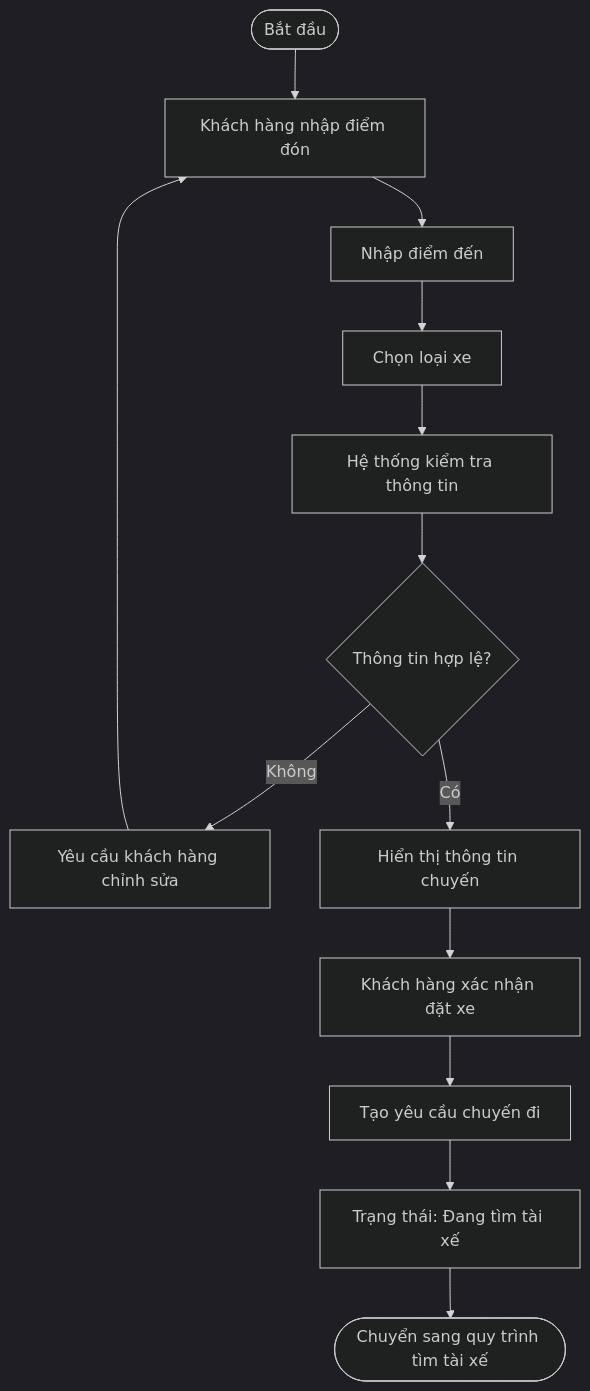
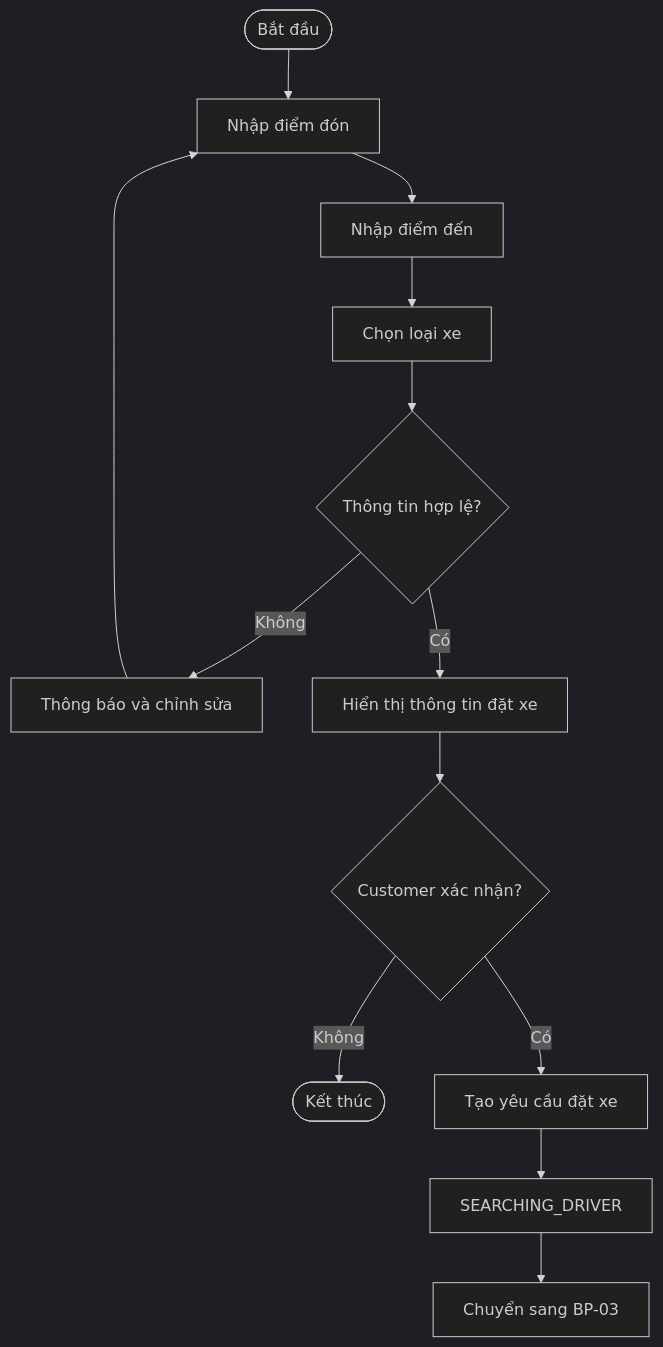
Before and after one commit to ntthuyvy0205-source/23662281_NguyenThiThuyVy_CABSYSTEM: diagram 11 of 28 in SRS.md, drawn with Mermaid (dark theme). The commit also changed other lines of this file, not shown here.

````diff
--- a/SRS.md
+++ b/SRS.md
@@ -419,18 +1842,15 @@
 ```mermaid
 flowchart TD
-    A([Bắt đầu]) --> B[Khách hàng nhập điểm đón]
+    A([Bắt đầu]) --> B[Nhập điểm đón]
     B --> C[Nhập điểm đến]
     C --> D[Chọn loại xe]
-    D --> E[Hệ thống kiểm tra thông tin]
-
-    E --> F{Thông tin hợp lệ?}
-
-    F -- Không --> G[Yêu cầu khách hàng chỉnh sửa]
-    G --> B
-
-    F -- Có --> H[Hiển thị thông tin chuyến]
-    H --> I[Khách hàng xác nhận đặt xe]
-    I --> J[Tạo yêu cầu chuyến đi]
-    J --> K[Trạng thái: Đang tìm tài xế]
-    K --> L([Chuyển sang quy trình tìm tài xế])
+    D --> E{Thông tin hợp lệ?}
+    E -- Không --> F[Thông báo và chỉnh sửa]
+    F --> B
+    E -- Có --> G[Hiển thị thông tin đặt xe]
+    G --> H{Customer xác nhận?}
+    H -- Không --> I([Kết thúc])
+    H -- Có --> J[Tạo yêu cầu đặt xe]
+    J --> K[SEARCHING_DRIVER]
+    K --> L[Chuyển sang BP-03]
 ```
````
